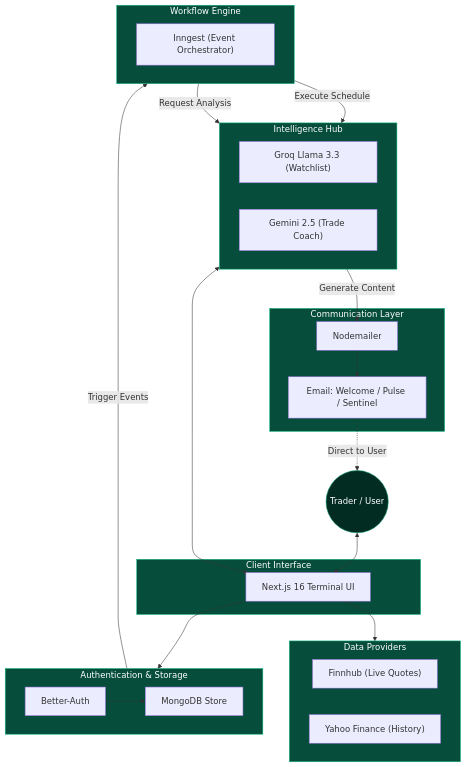
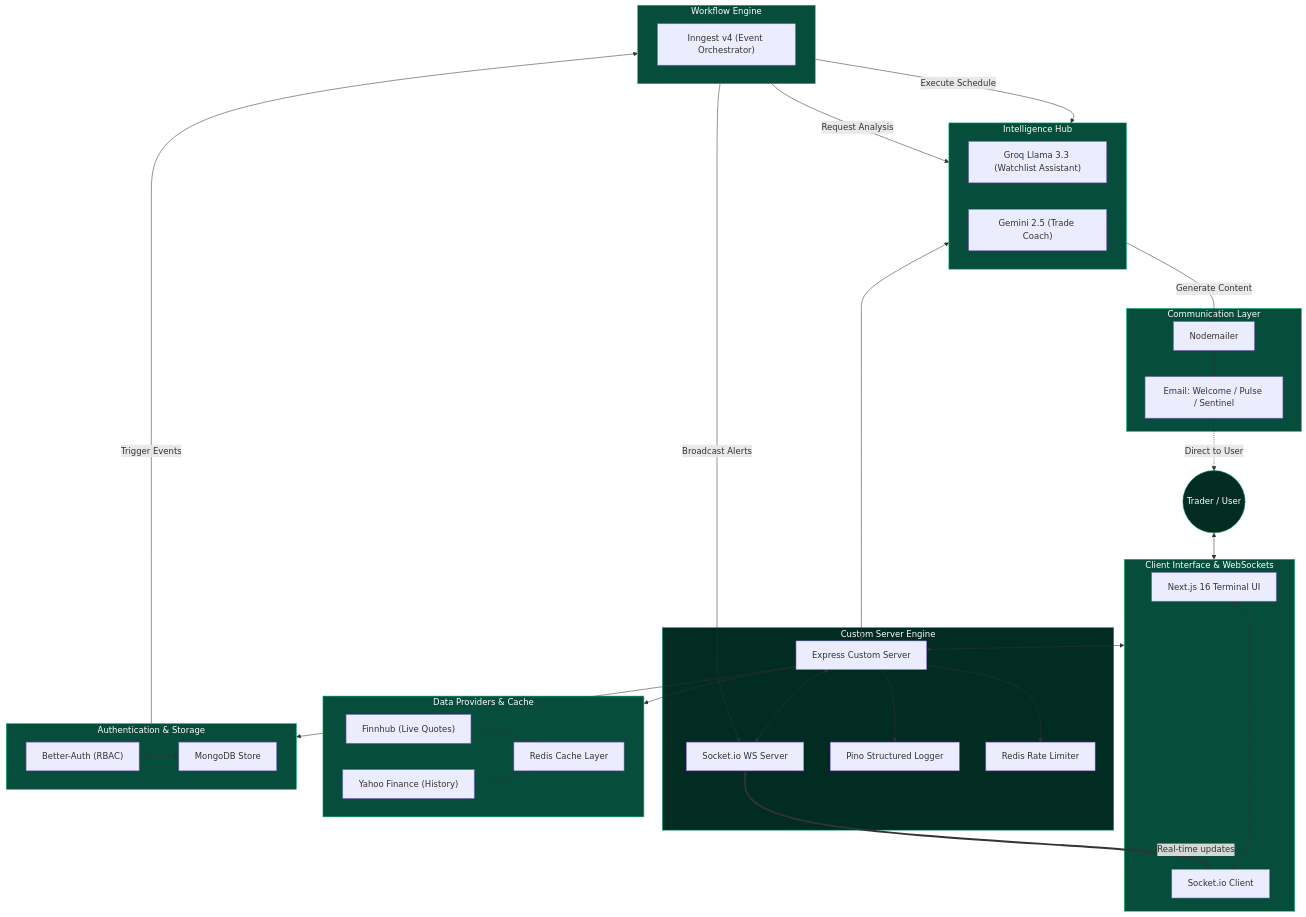
The first of 2 diagrams in README.md (techieadi4703/tikkiTrades), drawn with Mermaid before and after one commit. The commit also changed other lines of this file, not shown here.

Commit message:
docs: update README with architecture enhancements, WebSocket integration, Redis caching, and RBAC security details

````diff
--- a/README.md
+++ b/README.md
@@ -21,57 +20,76 @@
 ```mermaid
 graph TD
     %% Node Definitions
     Trader((Trader / User))
     
     subgraph IH [Intelligence Hub]
-        Groq["Groq Llama 3.3 (Watchlist)"]
+        Groq["Groq Llama 3.3 (Watchlist Assistant)"]
         Gemini["Gemini 2.5 (Trade Coach)"]
     end
 
     subgraph CL [Communication Layer]
         Nodemailer["Nodemailer"]
         Emails["Email: Welcome / Pulse / Sentinel"]
         Nodemailer --> Emails
     end
 
-    subgraph CI [Client Interface]
+    subgraph CI [Client Interface & WebSockets]
         NextJS["Next.js 16 Terminal UI"]
+        SocketIO["Socket.io Client"]
+        NextJS <--> SocketIO
     end
 
-    subgraph DP [Data Providers]
+    subgraph SRV [Custom Server Engine]
+        ExpressSRV["Express Custom Server"]
+        SocketServer["Socket.io WS Server"]
+        PinoLogger["Pino Structured Logger"]
+        RedisLimit["Redis Rate Limiter"]
+        ExpressSRV <--> SocketServer
+        ExpressSRV --> PinoLogger
+        ExpressSRV --> RedisLimit
+    end
+
+    subgraph DP [Data Providers & Cache]
         Finnhub["Finnhub (Live Quotes)"]
         Yahoo["Yahoo Finance (History)"]
+        RedisCache["Redis Cache Layer"]
+        Finnhub --> RedisCache
+        Yahoo --> RedisCache
     end
 
     subgraph AS [Authentication & Storage]
-        BetterAuth["Better-Auth"]
+        BetterAuth["Better-Auth (RBAC)"]
         MongoDB["MongoDB Store"]
         BetterAuth --> MongoDB
     end
 
     subgraph WE [Workflow Engine]
-        Inngest["Inngest (Event Orchestrator)"]
+        Inngest["Inngest v4 (Event Orchestrator)"]
     end
 
     %% Interaction Flows
-    Trader <--> NextJS
-    NextJS --> AS
-    NextJS --> DP
-    NextJS <--> IH
+    Trader <--> CI
+    CI <--> ExpressSRV
+    SocketServer <== "Real-time updates" ==> SocketIO
+    ExpressSRV --> AS
+    ExpressSRV --> DP
+    ExpressSRV <--> IH
     
     IH -- "Generate Content" --> Nodemailer
     Emails -. "Direct to User" .-> Trader
     
     AS -- "Trigger Events" --> WE
     WE -- "Execute Schedule" --> IH
     WE -- "Request Analysis" --> IH
+    WE -- "Broadcast Alerts" --> SocketServer
 
     %% Styling
     style IH fill:#064e3b,stroke:#10b981,color:#fff
     style CL fill:#064e3b,stroke:#10b981,color:#fff
     style CI fill:#064e3b,stroke:#10b981,color:#fff
+    style SRV fill:#022c22,stroke:#059669,color:#fff
     style DP fill:#064e3b,stroke:#10b981,color:#fff
     style AS fill:#064e3b,stroke:#10b981,color:#fff
     style WE fill:#064e3b,stroke:#10b981,color:#fff
     style Trader fill:#022c22,stroke:#059669,color:#fff
 ```
````
